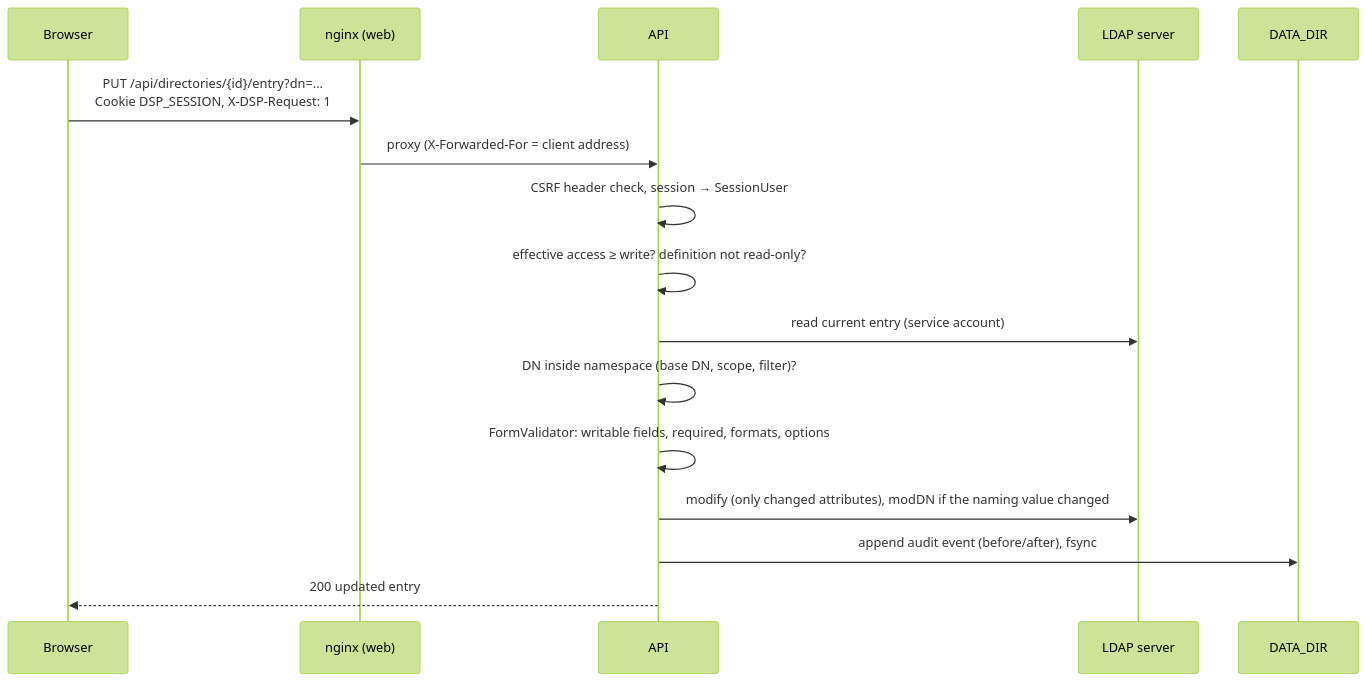
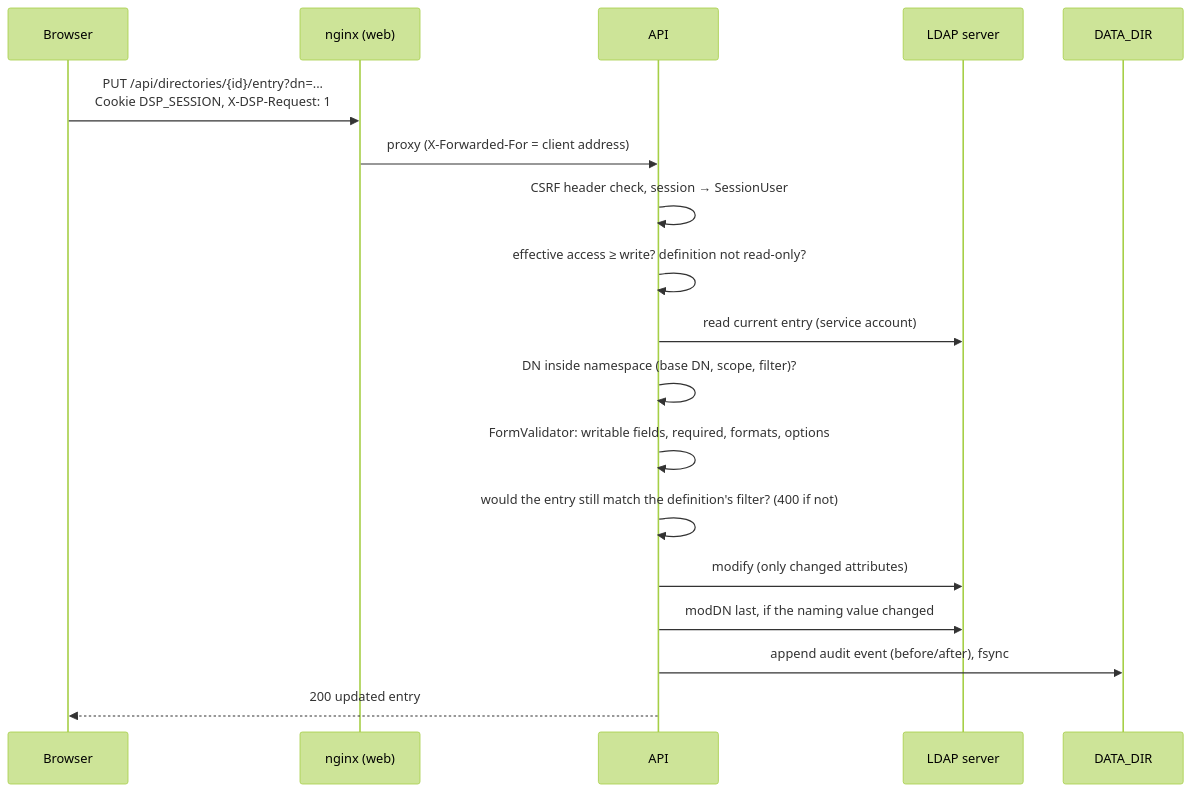
Before and after one commit to winllc/ens-apps-documentation: the second of 4 diagrams in docs/directory-services-portal/architecture.md, drawn with Mermaid (forest theme). The commit also changed other lines of this file and 14 other files, not shown here.

````diff
--- a/docs/directory-services-portal/architecture.md
+++ b/docs/directory-services-portal/architecture.md
@@ -62,19 +63,21 @@
 ```mermaid
 sequenceDiagram
     participant B as Browser
     participant N as nginx (web)
     participant A as API
     participant L as LDAP server
     participant F as DATA_DIR
 
     B->>N: PUT /api/directories/{id}/entry?dn=...<br/>Cookie DSP_SESSION, X-DSP-Request: 1
     N->>A: proxy (X-Forwarded-For = client address)
     A->>A: CSRF header check, session → SessionUser
     A->>A: effective access ≥ write? definition not read-only?
     A->>L: read current entry (service account)
     A->>A: DN inside namespace (base DN, scope, filter)?
     A->>A: FormValidator: writable fields, required, formats, options
-    A->>L: modify (only changed attributes), modDN if the naming value changed
+    A->>A: would the entry still match the definition's filter? (400 if not)
+    A->>L: modify (only changed attributes)
+    A->>L: modDN last, if the naming value changed
     A->>F: append audit event (before/after), fsync
     A-->>B: 200 updated entry
 ```
````
